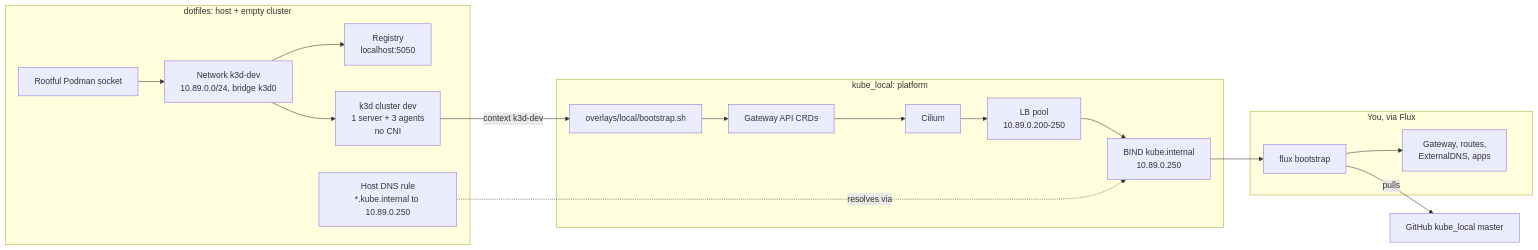
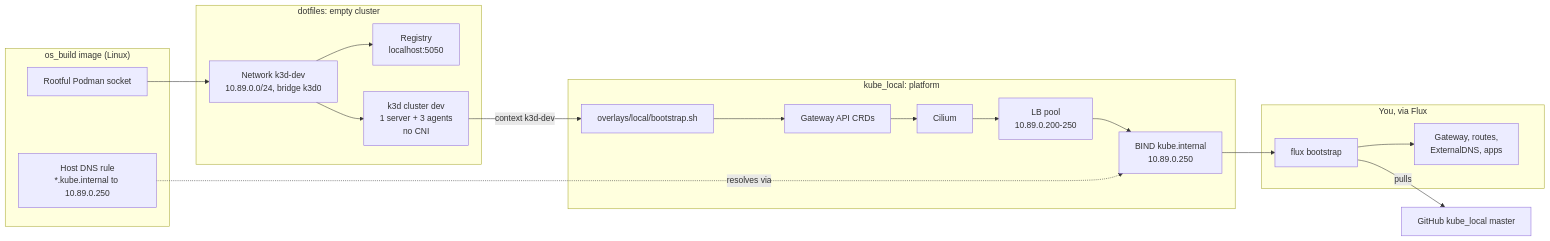
Before and after one commit to bourbonfgiles/dotfiles: the first of 2 diagrams in kubernetes.md, drawn with Mermaid. The commit also changed other lines of this file and 18 other files, not shown here.

First line of the commit message:
Move Linux system config to os_build; kube-create replaces create_cluster

````diff
--- a/kubernetes.md
+++ b/kubernetes.md
@@ -10,19 +11,23 @@
 ```mermaid
 flowchart LR
-  subgraph dotfiles["dotfiles: host + empty cluster"]
-    sock["Rootful Podman socket"] --> net["Network k3d-dev<br/>10.89.0.0/24, bridge k3d0"]
+  subgraph os_build["os_build image (Linux)"]
+    sock["Rootful Podman socket"]
+    hostdns["Host DNS rule<br/>*.kube.internal to 10.89.0.250"]
+  end
+  subgraph dotfiles["dotfiles: empty cluster"]
+    net["Network k3d-dev<br/>10.89.0.0/24, bridge k3d0"]
     net --> reg["Registry<br/>localhost:5050"]
     net --> k3d["k3d cluster dev<br/>1 server + 3 agents<br/>no CNI"]
-    hostdns["Host DNS rule<br/>*.kube.internal to 10.89.0.250"]
   end
+  sock --> net
   subgraph kube_local["kube_local: platform"]
     boot["overlays/local/bootstrap.sh"] --> crds["Gateway API CRDs"] --> cilium["Cilium"] --> pool["LB pool<br/>10.89.0.200-250"] --> bind["BIND kube.internal<br/>10.89.0.250"]
   end
   subgraph gitops["You, via Flux"]
     flux["flux bootstrap"] --> apps["Gateway, routes,<br/>ExternalDNS, apps"]
   end
   k3d -->|"context k3d-dev"| boot
   hostdns -.->|"resolves via"| bind
   bind --> flux
   flux -->|"pulls"| gh["GitHub kube_local master"]
 ```
````
